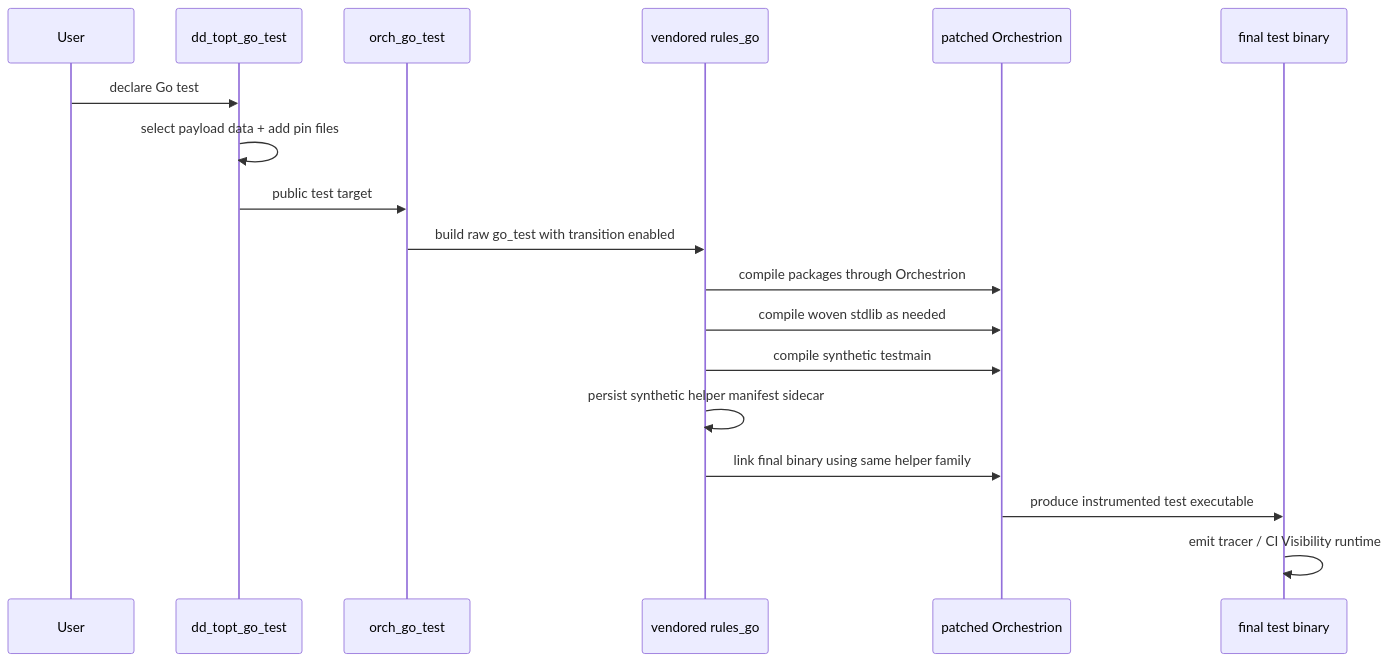
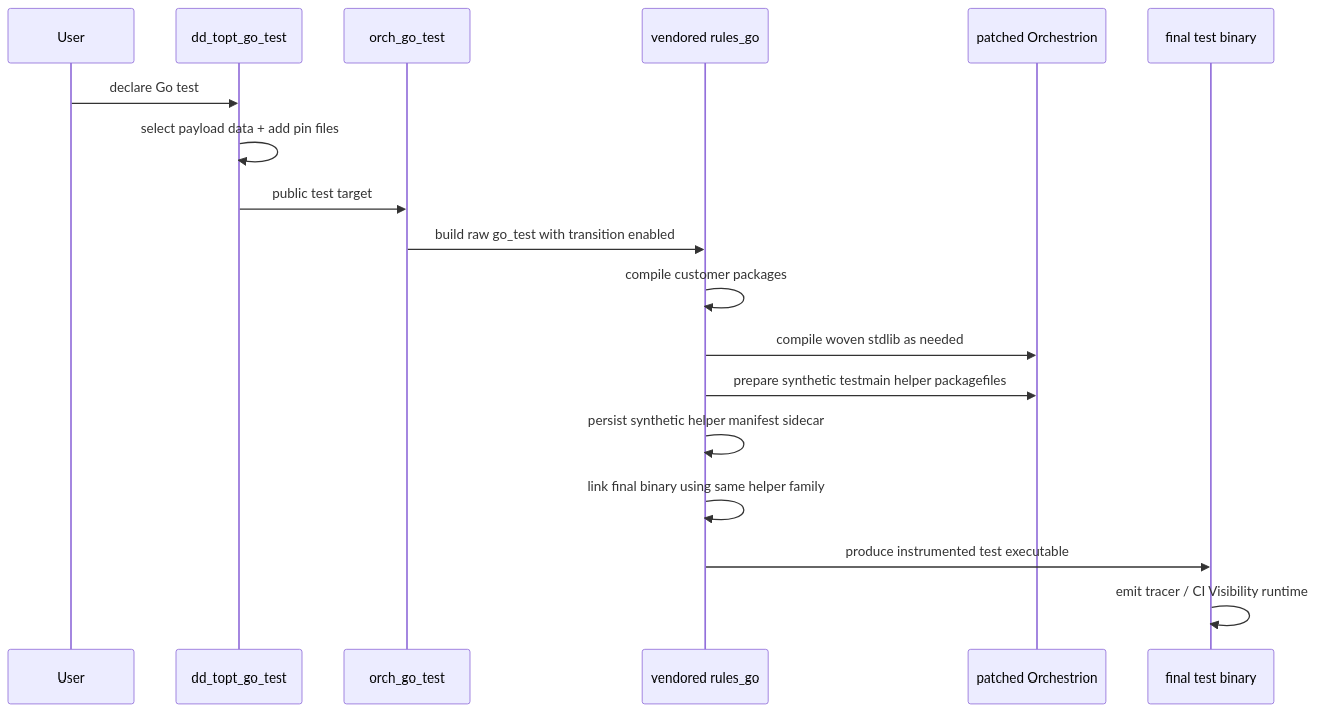
One commit to DataDog/rules_test_optimization changed the third of 3 diagrams in docs/go_orchestrion_bazel_deep_dive.md. Above: the diagram before and after it, drawn with Mermaid. The commit also changed other lines of this file and 97 other files, not shown here.

````diff
--- a/docs/go_orchestrion_bazel_deep_dive.md
+++ b/docs/go_orchestrion_bazel_deep_dive.md
@@ -718,21 +752,21 @@
 ```mermaid
 sequenceDiagram
     participant User
     participant Macro as dd_topt_go_test
     participant Wrapper as orch_go_test
     participant RG as vendored rules_go
     participant Orch as patched Orchestrion
     participant Bin as final test binary
 
     User->>Macro: declare Go test
     Macro->>Macro: select payload data + add pin files
     Macro->>Wrapper: public test target
     Wrapper->>RG: build raw go_test with transition enabled
-    RG->>Orch: compile packages through Orchestrion
+    RG->>RG: compile customer packages
     RG->>Orch: compile woven stdlib as needed
-    RG->>Orch: compile synthetic testmain
+    RG->>Orch: prepare synthetic testmain helper packagefiles
     RG->>RG: persist synthetic helper manifest sidecar
-    RG->>Orch: link final binary using same helper family
-    Orch->>Bin: produce instrumented test executable
+    RG->>RG: link final binary using same helper family
+    RG->>Bin: produce instrumented test executable
     Bin->>Bin: emit tracer / CI Visibility runtime
 ```
````
